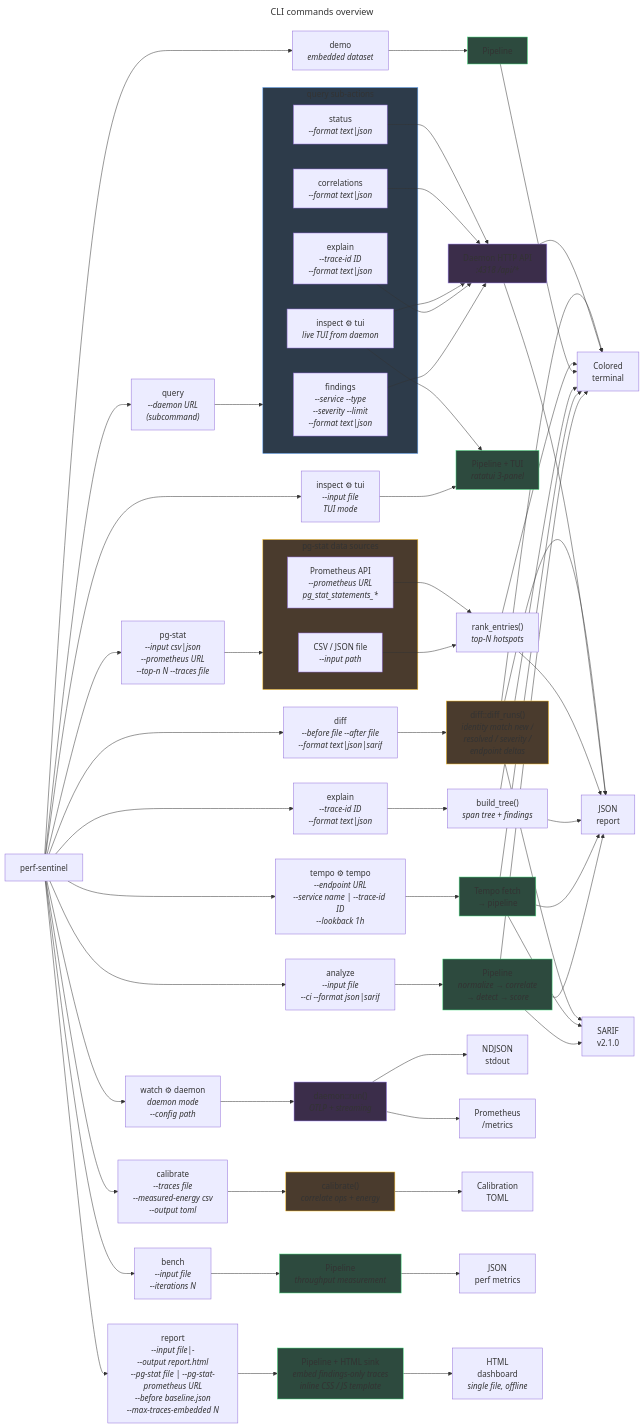
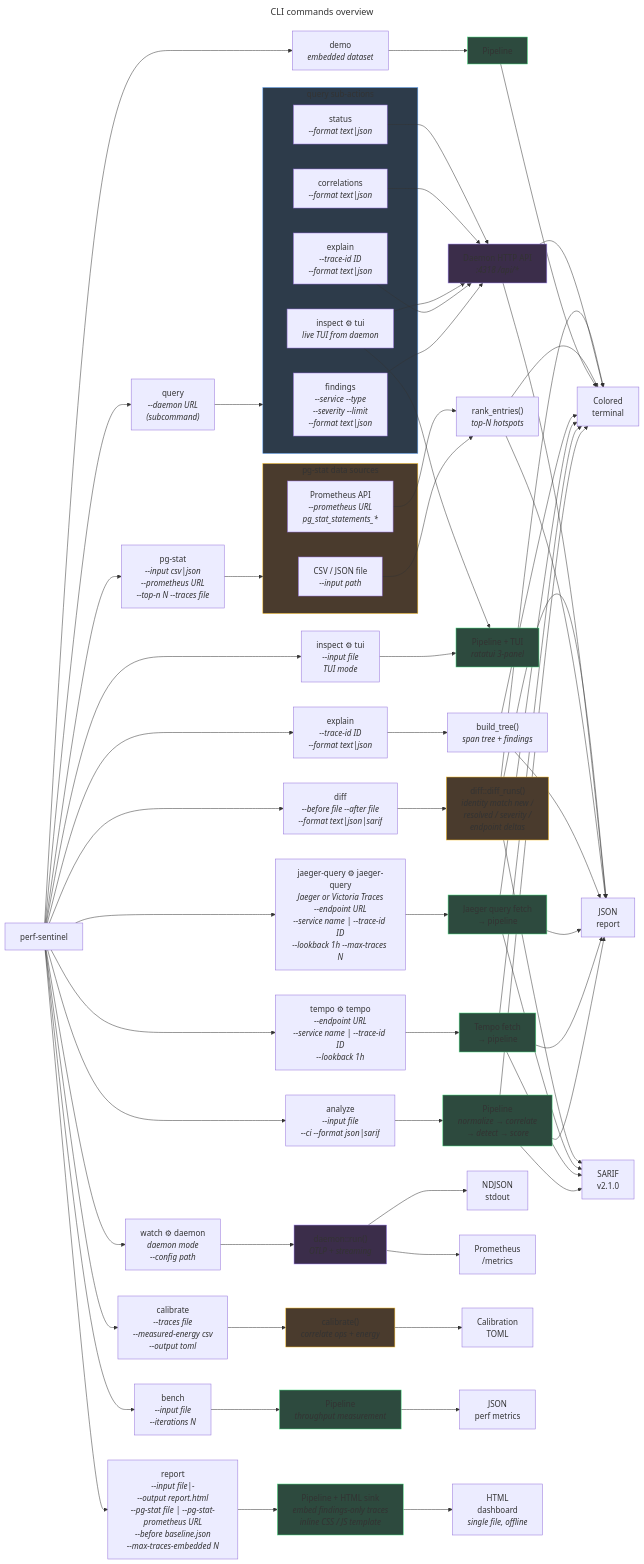
The diagram in docs/diagrams/mmd/cli-commands.mmd (robintra/perf-sentinel), drawn with Mermaid before and after one commit. The commit also changed 2 other files, not shown here.

Commit message:
docs(diagrams): update CLI commands diagram dimensions

```diff
--- a/docs/diagrams/mmd/cli-commands.mmd
+++ b/docs/diagrams/mmd/cli-commands.mmd
@@ -1,119 +1,127 @@
 ---
 title: CLI commands overview
 ---
 flowchart LR
     cli["perf-sentinel"]
 
     analyze["analyze<br/><i>--input file<br/>--ci --format json|sarif</i>"]
     explain["explain<br/><i>--trace-id ID<br/>--format text|json</i>"]
     inspect["inspect ⚙ tui<br/><i>--input file<br/>TUI mode</i>"]
     watch["watch ⚙ daemon<br/><i>daemon mode<br/>--config path</i>"]
     demo["demo<br/><i>embedded dataset</i>"]
     bench["bench<br/><i>--input file<br/>--iterations N</i>"]
     pgstat["pg-stat<br/><i>--input csv|json<br/>--prometheus URL<br/>--top-n N --traces file</i>"]
     tempo["tempo ⚙ tempo<br/><i>--endpoint URL<br/>--service name | --trace-id ID<br/>--lookback 1h</i>"]
+    jaeger_query["jaeger-query ⚙ jaeger-query<br/><i>Jaeger or Victoria Traces<br/>--endpoint URL<br/>--service name | --trace-id ID<br/>--lookback 1h --max-traces N</i>"]
     calibrate["calibrate<br/><i>--traces file<br/>--measured-energy csv<br/>--output toml</i>"]
     query["query<br/><i>--daemon URL<br/>(subcommand)</i>"]
     report["report<br/><i>--input file|-<br/>--output report.html<br/>--pg-stat file | --pg-stat-prometheus URL<br/>--before baseline.json<br/>--max-traces-embedded N</i>"]
     diff["diff<br/><i>--before file --after file<br/>--format text|json|sarif</i>"]
 
     analyze_pipeline["Pipeline<br/><i>normalize &rarr; correlate<br/>&rarr; detect &rarr; score</i>"]
     tempo_pipeline["Tempo fetch<br/>&rarr; pipeline"]
+    jaeger_query_pipeline["Jaeger query fetch<br/>&rarr; pipeline"]
     inspect_pipeline["Pipeline + TUI<br/><i>ratatui 3-panel</i>"]
     demo_pipeline["Pipeline"]
     bench_pipeline["Pipeline<br/><i>throughput measurement</i>"]
     report_pipeline["Pipeline + HTML sink<br/><i>embed findings-only traces<br/>inline CSS / JS template</i>"]
     diff_engine["diff::diff_runs()<br/><i>identity match new /<br/>resolved / severity /<br/>endpoint deltas</i>"]
     tree["build_tree()<br/><i>span tree + findings</i>"]
     daemon["daemon::run()<br/><i>OTLP + streaming</i>"]
     ranking["rank_entries()<br/><i>top-N hotspots</i>"]
     cal_engine["calibrate()<br/><i>correlate ops + energy</i>"]
 
     subgraph pgstat_sources["pg-stat data sources"]
         pg_file["CSV / JSON file<br/><i>--input path</i>"]
         pg_prom["Prometheus API<br/><i>--prometheus URL<br/>pg_stat_statements_*</i>"]
     end
 
     subgraph query_actions["query sub-actions"]
         q_findings["findings<br/><i>--service --type<br/>--severity --limit<br/>--format text|json</i>"]
         q_explain["explain<br/><i>--trace-id ID<br/>--format text|json</i>"]
         q_inspect["inspect ⚙ tui<br/><i>live TUI from daemon</i>"]
         q_correlations["correlations<br/><i>--format text|json</i>"]
         q_status["status<br/><i>--format text|json</i>"]
     end
 
     daemon_api["Daemon HTTP API<br/><i>:4318 /api/*</i>"]
 
     report_text["Colored<br/>terminal"]
     report_json["JSON<br/>report"]
     report_sarif["SARIF<br/>v2.1.0"]
     report_ndjson["NDJSON<br/>stdout"]
     report_metrics["Prometheus<br/>/metrics"]
     report_toml["Calibration<br/>TOML"]
     report_bench["JSON<br/>perf metrics"]
     report_html["HTML<br/>dashboard<br/><i>single file, offline</i>"]
 
-    cli --> analyze & explain & inspect & watch & demo & bench & pgstat & tempo & calibrate & query & report & diff
+    cli --> analyze & explain & inspect & watch & demo & bench & pgstat & tempo & jaeger_query & calibrate & query & report & diff
 
     analyze --> analyze_pipeline
     analyze_pipeline --> report_text
     analyze_pipeline --> report_json
     analyze_pipeline --> report_sarif
 
     tempo --> tempo_pipeline
     tempo_pipeline --> report_text
     tempo_pipeline --> report_json
     tempo_pipeline --> report_sarif
+
+    jaeger_query --> jaeger_query_pipeline
+    jaeger_query_pipeline --> report_text
+    jaeger_query_pipeline --> report_json
+    jaeger_query_pipeline --> report_sarif
 
     explain --> tree
     tree --> report_text
     tree --> report_json
 
     inspect --> inspect_pipeline
 
     watch --> daemon
     daemon --> report_ndjson
     daemon --> report_metrics
 
     demo --> demo_pipeline --> report_text
 
     bench --> bench_pipeline --> report_bench
 
     pgstat --> pgstat_sources
     pg_file --> ranking
     pg_prom --> ranking
     ranking --> report_text
     ranking --> report_json
 
     calibrate --> cal_engine --> report_toml
 
     query --> query_actions
     q_findings --> daemon_api
     q_explain --> daemon_api
     q_inspect --> daemon_api
     q_correlations --> daemon_api
     q_status --> daemon_api
     daemon_api --> report_text
     daemon_api --> report_json
     q_inspect --> inspect_pipeline
 
     report --> report_pipeline
     report_pipeline --> report_html
 
     diff --> diff_engine
     diff_engine --> report_text
     diff_engine --> report_json
     diff_engine --> report_sarif
 
     style analyze_pipeline fill:#2d4a3e,stroke:#4ade80
     style tempo_pipeline fill:#2d4a3e,stroke:#4ade80
+    style jaeger_query_pipeline fill:#2d4a3e,stroke:#4ade80
     style demo_pipeline fill:#2d4a3e,stroke:#4ade80
     style bench_pipeline fill:#2d4a3e,stroke:#4ade80
     style inspect_pipeline fill:#2d4a3e,stroke:#4ade80
     style report_pipeline fill:#2d4a3e,stroke:#4ade80
     style diff_engine fill:#4a3b2d,stroke:#fbbf24
     style cal_engine fill:#4a3b2d,stroke:#fbbf24
     style daemon fill:#3b2d4a,stroke:#a78bfa
     style query_actions fill:#2d3b4a,stroke:#60a5fa
     style pgstat_sources fill:#4a3b2d,stroke:#fbbf24
     style daemon_api fill:#3b2d4a,stroke:#a78bfa
```
